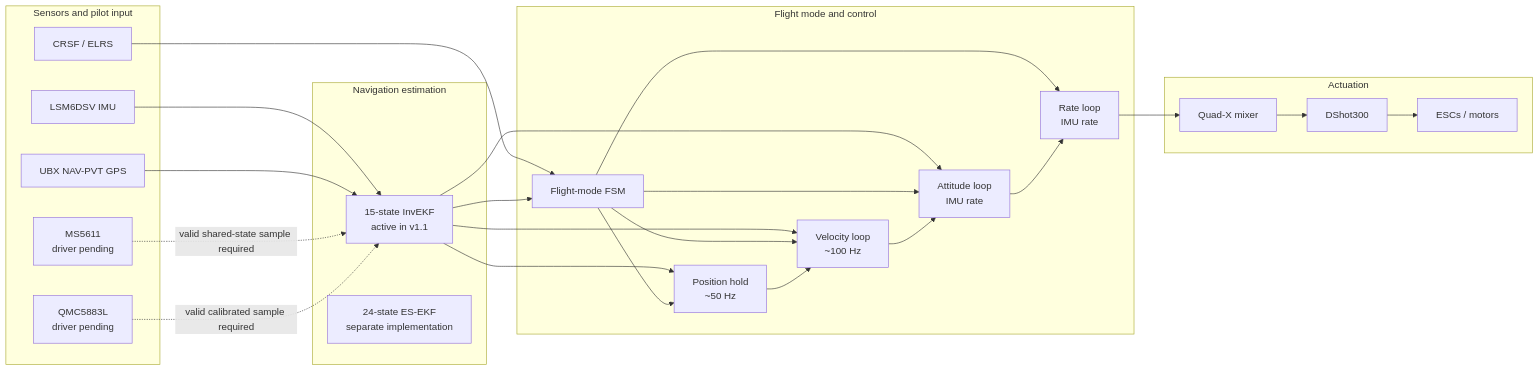
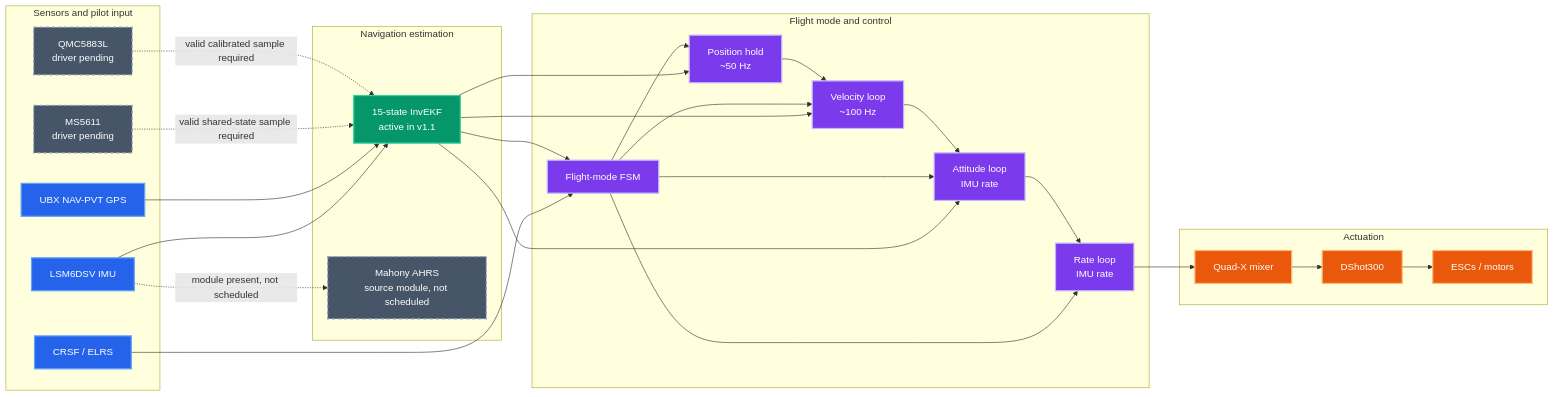
Before and after one commit to nafs09/dual-control-drone-flight-controller: the diagram in ARCHITECTURE.md, drawn with Mermaid. The commit also changed other lines of this file and 4 other files, not shown here.

````diff
--- a/ARCHITECTURE.md
+++ b/ARCHITECTURE.md
@@ -9,49 +9,62 @@
 ```mermaid
 flowchart LR
   subgraph Inputs["Sensors and pilot input"]
     IMU["LSM6DSV IMU"]
     GPS["UBX NAV-PVT GPS"]
     BARO["MS5611<br/>driver pending"]
     MAG["QMC5883L<br/>driver pending"]
     RC["CRSF / ELRS"]
   end
 
   subgraph Estimation["Navigation estimation"]
     INV["15-state InvEKF<br/>active in v1.1"]
-    ES["24-state ES-EKF<br/>separate implementation"]
+    MAHONY["Mahony AHRS<br/>source module, not scheduled"]
   end
 
   subgraph Control["Flight mode and control"]
     FSM["Flight-mode FSM"]
     POS["Position hold<br/>~50 Hz"]
     VEL["Velocity loop<br/>~100 Hz"]
     ATT["Attitude loop<br/>IMU rate"]
     RATE["Rate loop<br/>IMU rate"]
   end
 
   subgraph Output["Actuation"]
     MIX["Quad-X mixer"]
     DSHOT["DShot300"]
     ESC["ESCs / motors"]
   end
 
   IMU --> INV
+  IMU -. "module present, not scheduled" .-> MAHONY
   GPS --> INV
   BARO -. "valid shared-state sample required" .-> INV
   MAG -. "valid calibrated sample required" .-> INV
   RC --> FSM
   INV --> FSM
   INV --> POS
   INV --> VEL
   INV --> ATT
   FSM --> POS
   FSM --> VEL
   FSM --> ATT
   FSM --> RATE
   POS --> VEL
   VEL --> ATT
   ATT --> RATE
   RATE --> MIX
   MIX --> DSHOT
   DSHOT --> ESC
+
+  classDef sensors fill:#2563eb,color:#fff,stroke:#60a5fa,stroke-width:2px
+  classDef estimate fill:#059669,color:#fff,stroke:#34d399,stroke-width:2px
+  classDef inactive fill:#475569,color:#fff,stroke:#94a3b8,stroke-width:2px,stroke-dasharray:5 5
+  classDef control fill:#7c3aed,color:#fff,stroke:#c4b5fd,stroke-width:2px
+  classDef output fill:#ea580c,color:#fff,stroke:#fdba74,stroke-width:2px
+  class IMU,GPS,RC sensors
+  class BARO,MAG inactive
+  class INV estimate
+  class MAHONY inactive
+  class FSM,POS,VEL,ATT,RATE control
+  class MIX,DSHOT,ESC output
 ```
````
